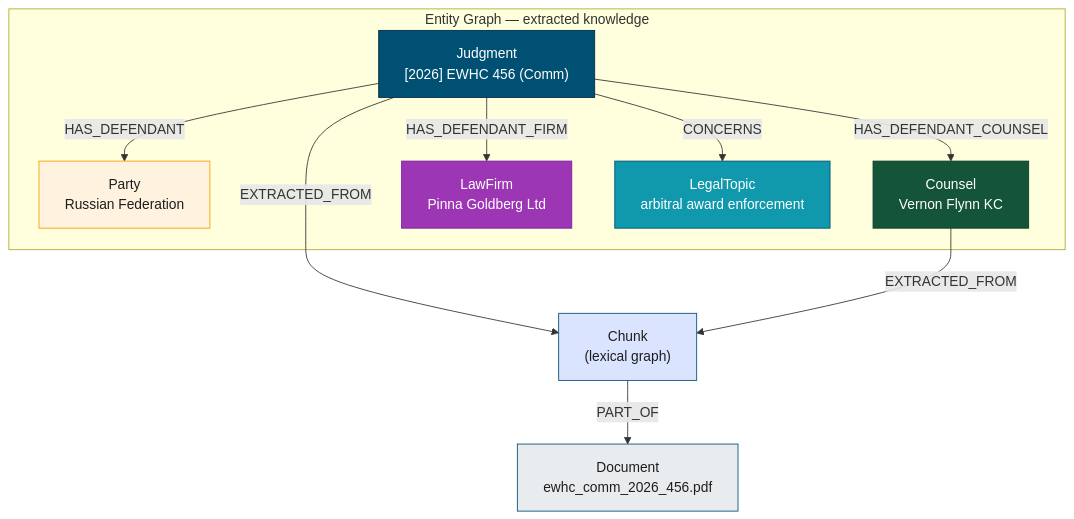
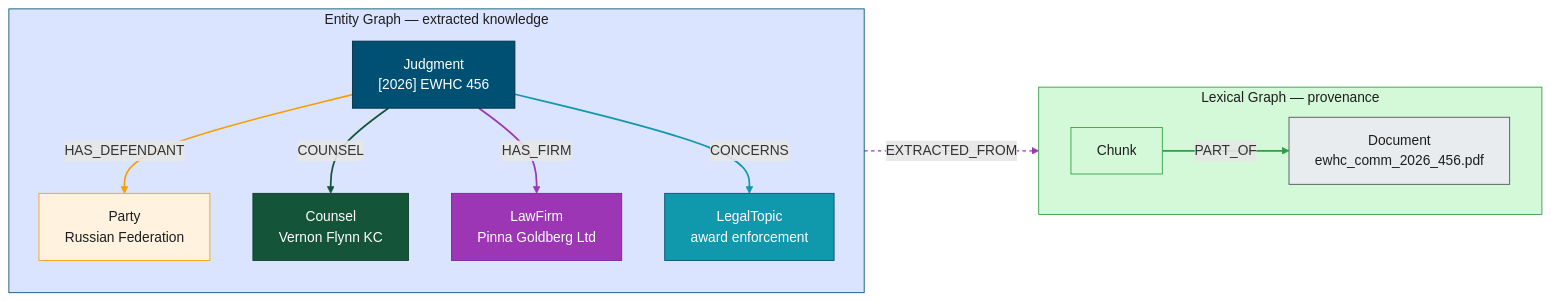
The eighth of 13 diagrams in outputs/Graph_Intelligence_Technical_DeepDive.md (joy-neo4j/graph-intelligence-agent), drawn with Mermaid before and after one commit. The commit also changed other lines of this file and 1 other file, not shown here.

````diff
--- a/outputs/Graph_Intelligence_Technical_DeepDive.md
+++ b/outputs/Graph_Intelligence_Technical_DeepDive.md
@@ -491,19 +537,30 @@
 ```mermaid
-graph TD
+graph LR
     subgraph Entity["Entity Graph — extracted knowledge"]
-        Judgment["Judgment<br/>[2026] EWHC 456 (Comm)"] -->|HAS_DEFENDANT| Party["Party<br/>Russian Federation"]
-        Judgment -->|HAS_DEFENDANT_COUNSEL| Counsel["Counsel<br/>Vernon Flynn KC"]
-        Judgment -->|HAS_DEFENDANT_FIRM| Firm["LawFirm<br/>Pinna Goldberg Ltd"]
-        Judgment -->|CONCERNS| Topic["LegalTopic<br/>arbitral award enforcement"]
+        direction TB
+        Judgment["Judgment<br/>[2026] EWHC 456"] -->|"HAS_DEFENDANT"| Party["Party<br/>Russian Federation"]
+        Judgment -->|"COUNSEL"| Counsel["Counsel<br/>Vernon Flynn KC"]
+        Judgment -->|"HAS_FIRM"| Firm["LawFirm<br/>Pinna Goldberg Ltd"]
+        Judgment -->|"CONCERNS"| Topic["LegalTopic<br/>award enforcement"]
     end
-    Judgment -->|EXTRACTED_FROM| C["Chunk<br/>(lexical graph)"]
-    Counsel -->|EXTRACTED_FROM| C
-    C -->|PART_OF| Doc["Document<br/>ewhc_comm_2026_456.pdf"]
+    subgraph Provenance["Lexical Graph — provenance"]
+        direction LR
+        C["Chunk"] -->|"PART_OF"| Doc["Document<br/>ewhc_comm_2026_456.pdf"]
+    end
+    Entity -. "EXTRACTED_FROM" .-> Provenance
     style Judgment fill:#005073,stroke:#002B43,color:#fff
     style Party fill:#fff3e0,stroke:#f59f00,color:#1e1e1e
     style Counsel fill:#145439,stroke:#0d3a26,color:#fff
     style Firm fill:#9c36b5,stroke:#7a1fa2,color:#fff
     style Topic fill:#1098ad,stroke:#005073,color:#fff
-    style C fill:#dbe4ff,stroke:#005073,color:#1e1e1e
-    style Doc fill:#e9ecef,stroke:#005073,color:#1e1e1e
+    style C fill:#d3f9d8,stroke:#2f9e44,color:#1e1e1e
+    style Doc fill:#e9ecef,stroke:#495057,color:#1e1e1e
+    style Entity fill:#dbe4ff,stroke:#005073,color:#1e1e1e
+    style Provenance fill:#d3f9d8,stroke:#2f9e44,color:#1e1e1e
+    linkStyle 0 stroke:#f59f00,stroke-width:2px
+    linkStyle 1 stroke:#145439,stroke-width:2px
+    linkStyle 2 stroke:#9c36b5,stroke-width:2px
+    linkStyle 3 stroke:#1098ad,stroke-width:2px
+    linkStyle 4 stroke:#2f9e44,stroke-width:2px
+    linkStyle 5 stroke:#9c36b5,stroke-width:1.5px,stroke-dasharray:4
 ```
````
